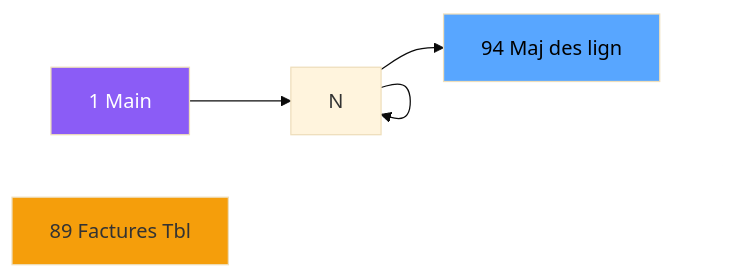
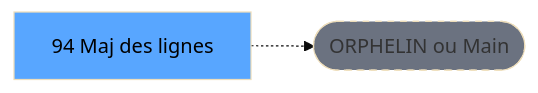
Before and after one commit to thonyAGP/lecteur-magic: the second of 3 diagrams in .openspec/specs/ADH-IDE-94.md, drawn with Mermaid (base theme). The commit also changed other lines of this file and 701 other files, not shown here.

````diff
--- a/.openspec/specs/ADH-IDE-94.md
+++ b/.openspec/specs/ADH-IDE-94.md
@@ -121,13 +120,8 @@
 ```mermaid
 graph LR
-    M[1 Main]
-    N89[89 Factures Tbl]
-    T[94 Maj des lign]
-    M --> N
-    N --> N
-    N --> N
-    N --> T
-    style M fill:#8b5cf6,color:#fff
-    style N89 fill:#f59e0b
+    T[94 Maj des lignes ]
+    ORPHAN([ORPHELIN ou Main])
+    T -.-> ORPHAN
     style T fill:#58a6ff,color:#000
+    style ORPHAN fill:#6b7280,stroke-dasharray: 5 5
 ```
````
